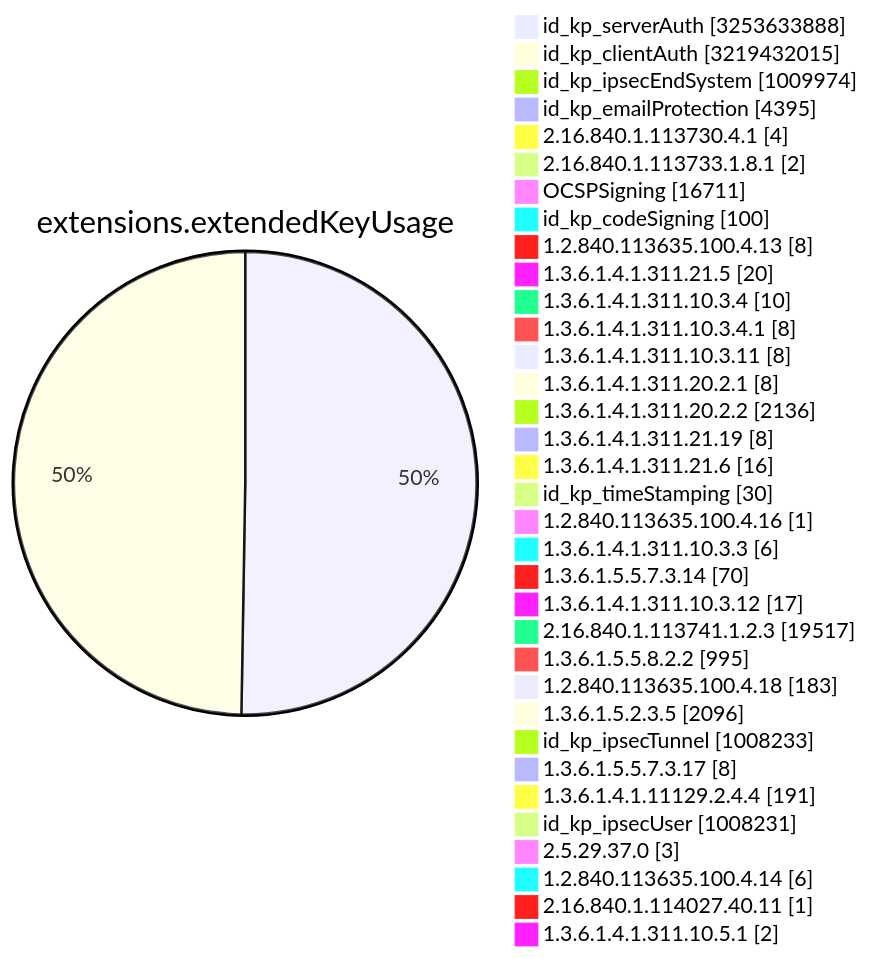
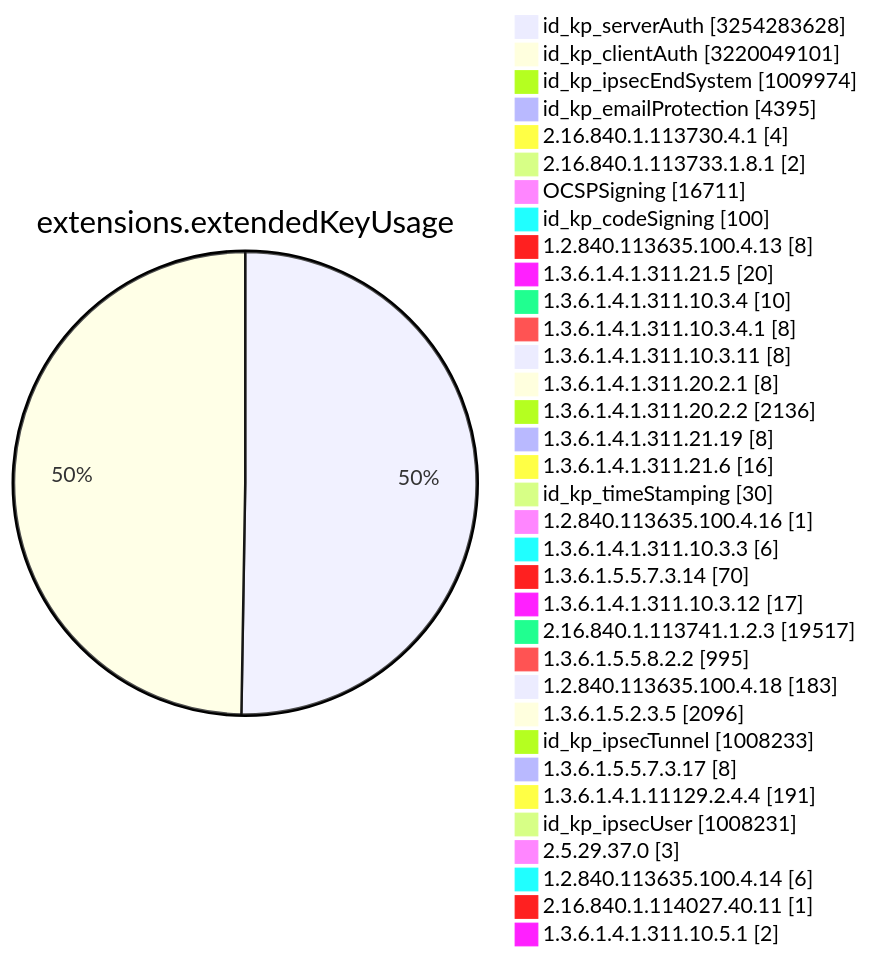
Before and after one commit to christiankrug/ctmonitor_visualization: diagram 11 of 15 in TOTAL/README.md, drawn with Mermaid. The commit also changed other lines of this file, not shown here.

````diff
--- a/TOTAL/README.md
+++ b/TOTAL/README.md
@@ -4119,38 +4119,38 @@
 ```mermaid
 pie showData
 title extensions.extendedKeyUsage
-"id_kp_serverAuth" :3253633888
-"id_kp_clientAuth" :3219432015
+"id_kp_serverAuth" :3254283628
+"id_kp_clientAuth" :3220049101
 "id_kp_ipsecEndSystem" :1009974
 "id_kp_emailProtection" :4395
 "2.16.840.1.113730.4.1" :4
 "2.16.840.1.113733.1.8.1" :2
 "OCSPSigning" :16711
 "id_kp_codeSigning" :100
 "1.2.840.113635.100.4.13" :8
 "1.3.6.1.4.1.311.21.5" :20
 "1.3.6.1.4.1.311.10.3.4" :10
 "1.3.6.1.4.1.311.10.3.4.1" :8
 "1.3.6.1.4.1.311.10.3.11" :8
 "1.3.6.1.4.1.311.20.2.1" :8
 "1.3.6.1.4.1.311.20.2.2" :2136
 "1.3.6.1.4.1.311.21.19" :8
 "1.3.6.1.4.1.311.21.6" :16
 "id_kp_timeStamping" :30
 "1.2.840.113635.100.4.16" :1
 "1.3.6.1.4.1.311.10.3.3" :6
 "1.3.6.1.5.5.7.3.14" :70
 "1.3.6.1.4.1.311.10.3.12" :17
 "2.16.840.1.113741.1.2.3" :19517
 "1.3.6.1.5.5.8.2.2" :995
 "1.2.840.113635.100.4.18" :183
 "1.3.6.1.5.2.3.5" :2096
 "id_kp_ipsecTunnel" :1008233
 "1.3.6.1.5.5.7.3.17" :8
 "1.3.6.1.4.1.11129.2.4.4" :191
 "id_kp_ipsecUser" :1008231
 "2.5.29.37.0" :3
 "1.2.840.113635.100.4.14" :6
 "2.16.840.1.114027.40.11" :1
 "1.3.6.1.4.1.311.10.5.1" :2
 ```
````
